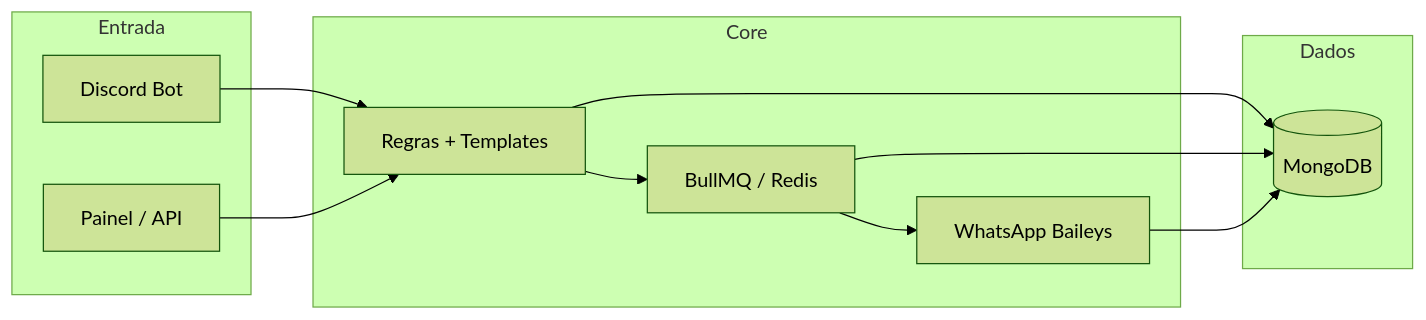
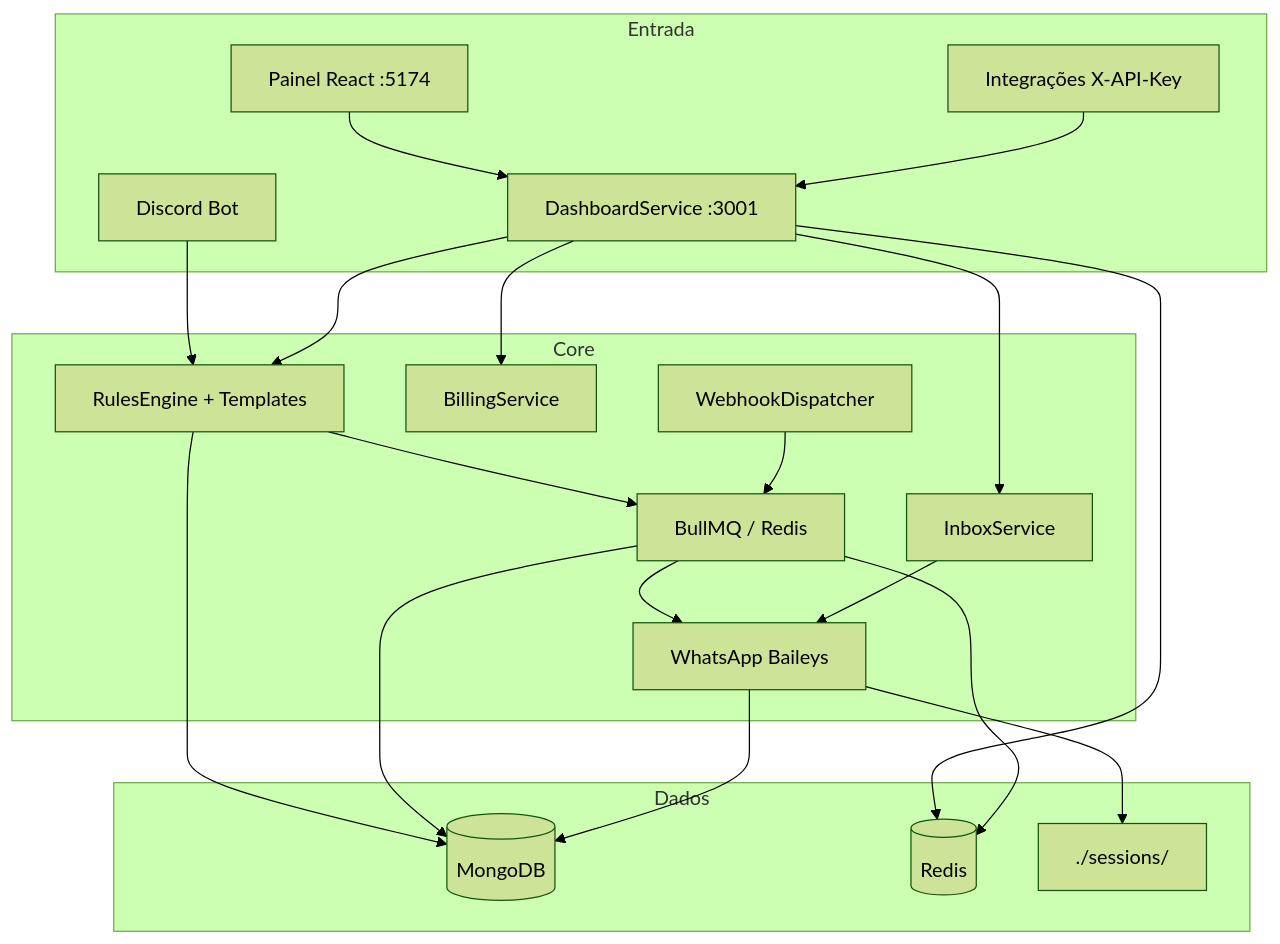
Before and after one commit to benhuragmf/radarzapv2: the diagram in README.md, drawn with Mermaid (forest theme). The commit also changed other lines of this file, not shown here.

````diff
--- a/README.md
+++ b/README.md
@@ -46,22 +81,38 @@
 ```mermaid
-flowchart LR
+flowchart TB
   subgraph Entrada
     D[Discord Bot]
-    P[Painel / API]
+    P[Painel React :5174]
+    API[DashboardService :3001]
+    EXT[Integrações X-API-Key]
   end
   subgraph Core
-    R[Regras + Templates]
+    R[RulesEngine + Templates]
     Q[BullMQ / Redis]
     W[WhatsApp Baileys]
+    IN[InboxService]
+    BL[BillingService]
+    WH[WebhookDispatcher]
   end
   subgraph Dados
     M[(MongoDB)]
+    RD[(Redis)]
+    S[./sessions/]
   end
   D --> R
-  P --> R
+  P --> API
+  EXT --> API
+  API --> R
+  API --> IN
+  API --> BL
   R --> Q
   Q --> W
+  WH --> Q
   R --> M
   Q --> M
   W --> M
+  W --> S
+  IN --> W
+  API --> RD
+  Q --> RD
 ```
````
